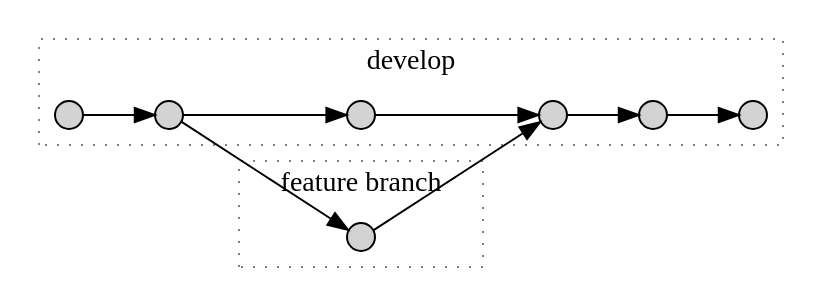
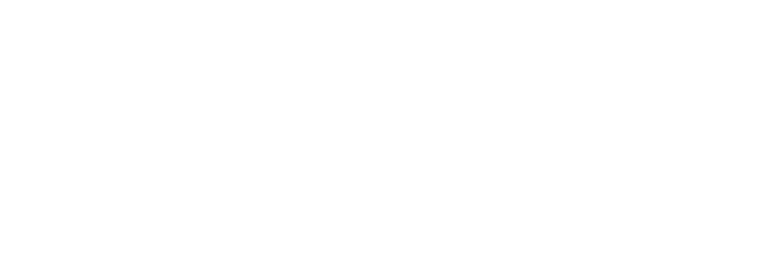
One commit to caring-coder/presentations changed the first of 2 diagrams in sonarqube/src/docs/asciidoc/sonarqube-en.adoc. Above: the diagram before and after it, drawn with Graphviz. The commit also changed other lines of this file and 3 other files, not shown here.

```diff
--- a/sonarqube/src/docs/asciidoc/sonarqube-en.adoc
+++ b/sonarqube/src/docs/asciidoc/sonarqube-en.adoc
@@ -206,30 +213,19 @@
-[graphviz]
+[graphviz, g1, svg]
 ----
 digraph G {
     rankdir=LR;
-    node [shape=circle, style=filled, width=0.2, fixedsize=true, label=""]
-
+    edge [color=white]
+    node [color=white shape=point width=0.2]
+    graph[color=white bgcolor=transparent fontcolor=white splines=ortho style=rounded]
+            
     subgraph cluster_1 {
-        label = "develop"
-        style=dotted
-        color=grey
-
-        c1
-        c1
-        c2
-        c3
-        c4
-        c5
+        label = "main branch"
         c0 -> c1 -> c2 -> c3 -> c4 -> c5
     }
-    
+
     subgraph cluster_2 {
         label = "feature branch"
-        style=dotted
-        color=grey
-        s1
         c1 -> s1 -> c3
     }
-
 }
 ----
```
